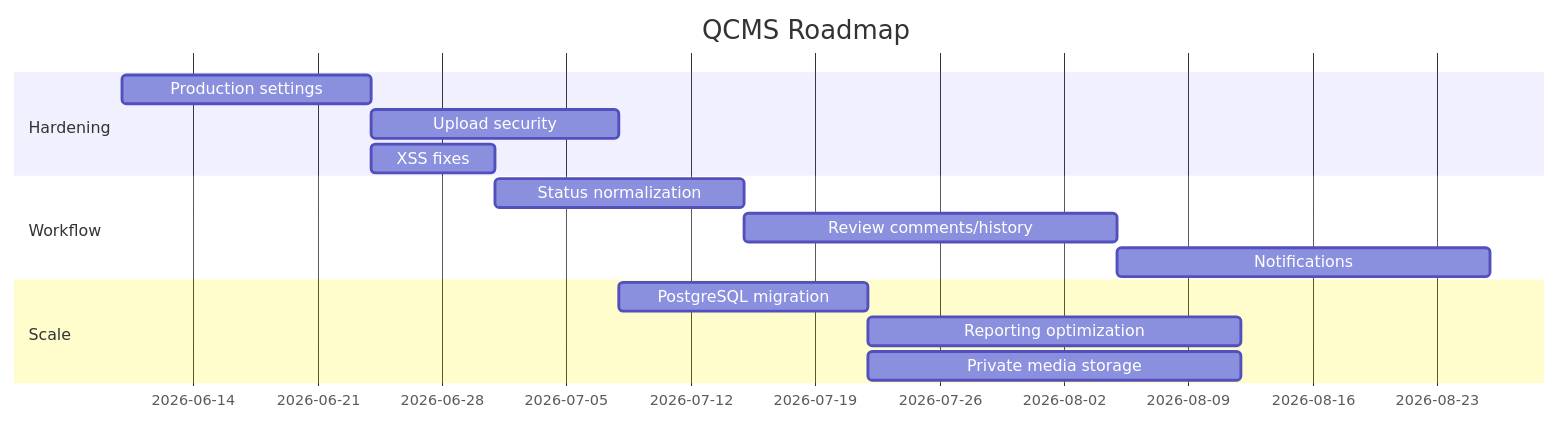
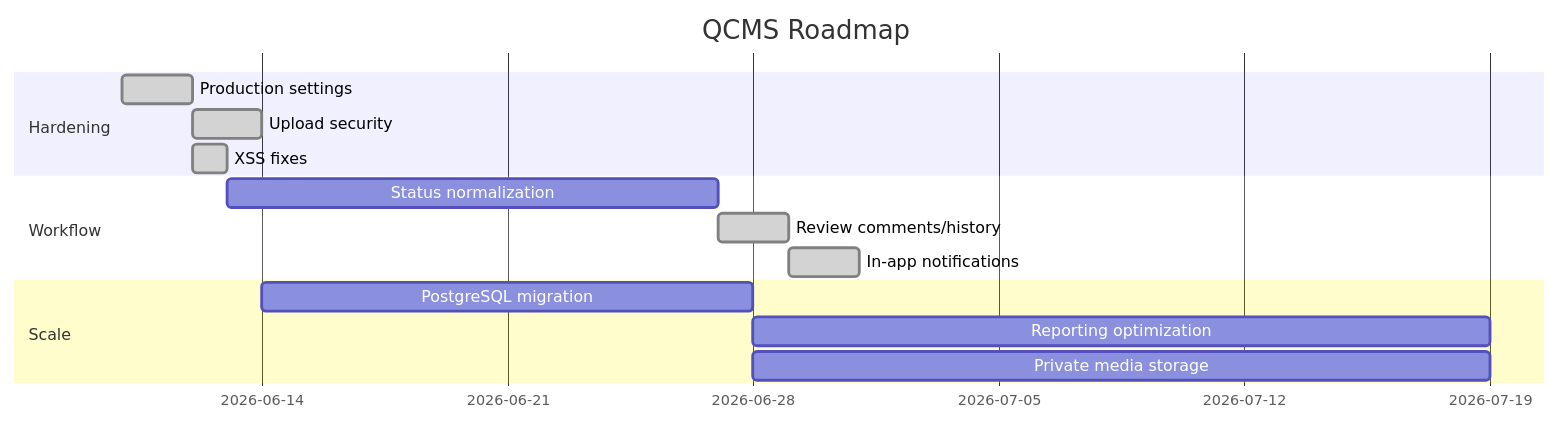
The eighth of 8 diagrams in docs/MASTER_SYSTEM_DOCUMENT.md (TheSyntaxWriter/QCMS), drawn with Mermaid before and after one commit. The commit also changed other lines of this file and 47 other files, not shown here.

````diff
--- a/docs/MASTER_SYSTEM_DOCUMENT.md
+++ b/docs/MASTER_SYSTEM_DOCUMENT.md
@@ -717,17 +709,17 @@
 ```mermaid
 gantt
     title QCMS Roadmap
     dateFormat  YYYY-MM-DD
     section Hardening
-    Production settings          :a1, 2026-06-10, 14d
-    Upload security              :a2, after a1, 14d
-    XSS fixes                    :a3, after a1, 7d
+    Production settings          :done, a1, 2026-06-10, 2d
+    Upload security              :done, a2, after a1, 2d
+    XSS fixes                    :done, a3, after a1, 1d
     section Workflow
     Status normalization         :b1, after a3, 14d
-    Review comments/history      :b2, after b1, 21d
-    Notifications                :b3, after b2, 21d
+    Review comments/history      :done, b2, after b1, 2d
+    In-app notifications         :done, b3, after b2, 2d
     section Scale
     PostgreSQL migration         :c1, after a2, 14d
     Reporting optimization       :c2, after c1, 21d
     Private media storage        :c3, after c1, 21d
 ```
````
